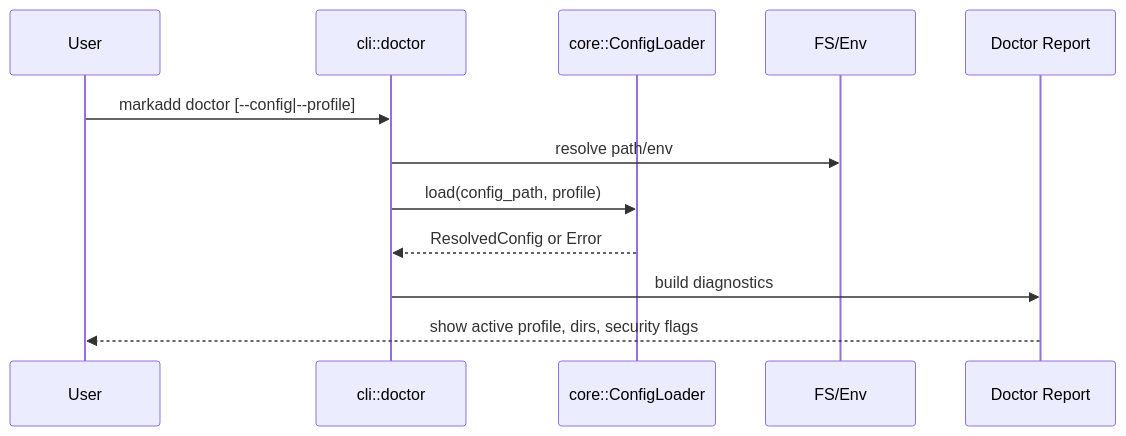
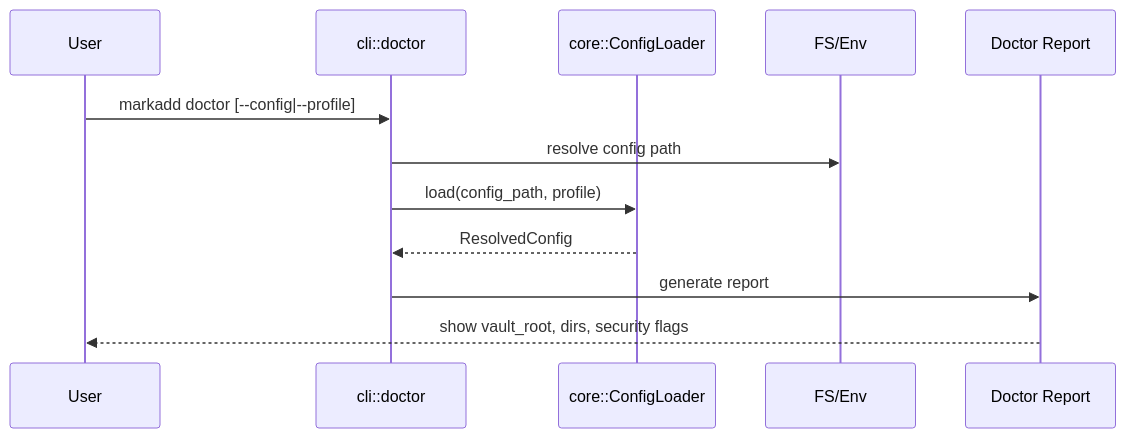
Before and after one commit to agustinvalencia/mdvault: the fourth of 22 diagrams in docs/01_development_plan.md, drawn with Mermaid. The commit also changed other lines of this file and 1 other file, not shown here.

````diff
--- a/docs/01_development_plan.md
+++ b/docs/01_development_plan.md
@@ -93,15 +106,15 @@
 ```mermaid
 sequenceDiagram
   participant User
   participant CLI as cli::doctor
   participant CFG as core::ConfigLoader
   participant OS as FS/Env
   participant OUT as Doctor Report
 
   User->>CLI: markadd doctor [--config|--profile]
-  CLI->>OS: resolve path/env
+  CLI->>OS: resolve config path
   CLI->>CFG: load(config_path, profile)
-  CFG-->>CLI: ResolvedConfig or Error
-  CLI->>OUT: build diagnostics
-  OUT-->>User: show active profile, dirs, security flags
+  CFG-->>CLI: ResolvedConfig
+  CLI->>OUT: generate report
+  OUT-->>User: show vault_root, dirs, security flags
 ```
````
